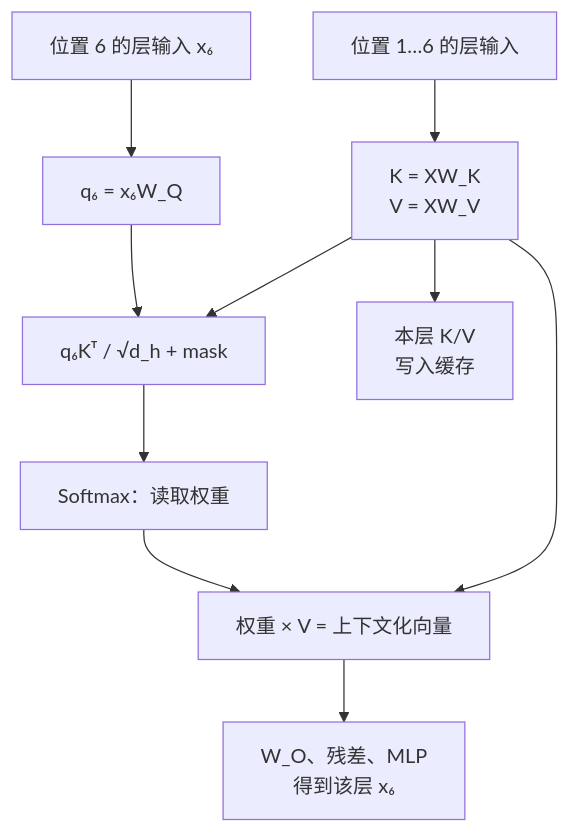
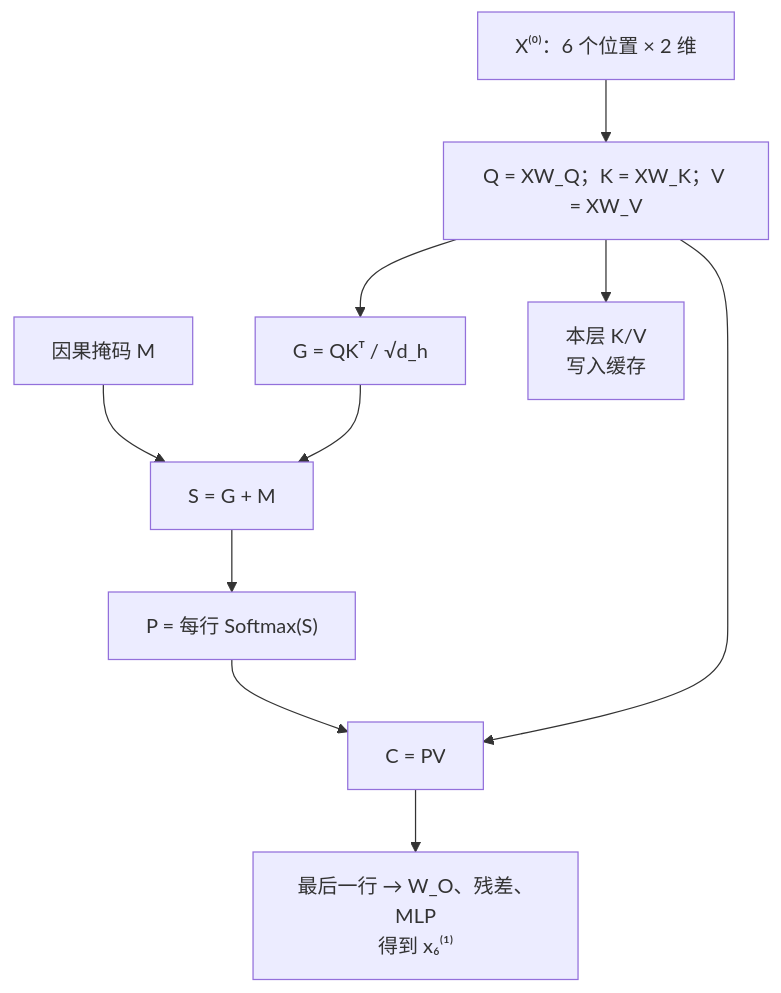
The fourth of 7 diagrams in 03_components/3.8_gpt_inference_flow.md (yeasy/llm_internals), drawn with Mermaid before and after one commit. The commit also changed other lines of this file, not shown here.

````diff
--- a/03_components/3.8_gpt_inference_flow.md
+++ b/03_components/3.8_gpt_inference_flow.md
@@ -159,12 +159,12 @@
 ```mermaid
 flowchart TB
-    x["位置 6 的层输入 x₆"] --> q["q₆ = x₆W_Q"]
-    all["位置 1…6 的层输入"] --> kv["K = XW_K<br/>V = XW_V"]
-    q --> score["q₆Kᵀ / √d_h + mask"]
-    kv --> score
-    score --> weight["Softmax：读取权重"]
-    weight --> read["权重 × V = 上下文化向量"]
-    kv --> read
-    read --> residual["W_O、残差、MLP<br/>得到该层 x₆"]
-    kv --> cache["本层 K/V<br/>写入缓存"]
+    x["X⁽⁰⁾：6 个位置 × 2 维"] --> qkv["Q = XW_Q；K = XW_K；V = XW_V"]
+    qkv --> raw["G = QKᵀ / √d_h"]
+    mask["因果掩码 M"] --> score["S = G + M"]
+    raw --> score
+    score --> weight["P = 每行 Softmax(S)"]
+    weight --> read["C = PV"]
+    qkv --> read
+    read --> residual["最后一行 → W_O、残差、MLP<br/>得到 x₆⁽¹⁾"]
+    qkv --> cache["本层 K/V<br/>写入缓存"]
 ```
````
